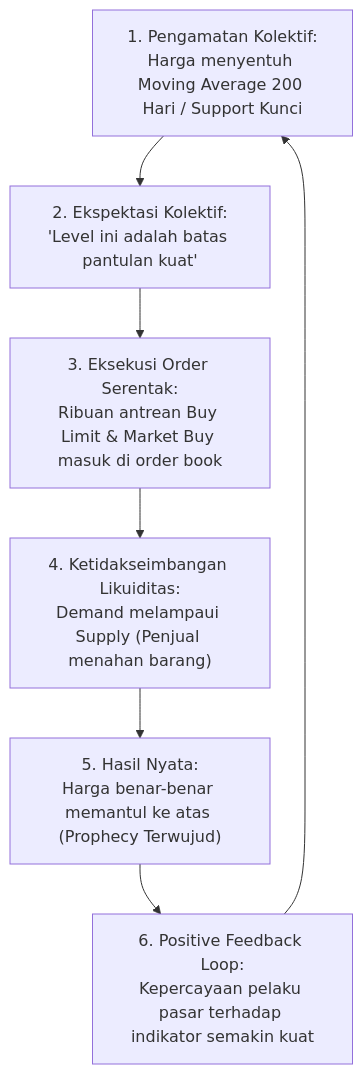
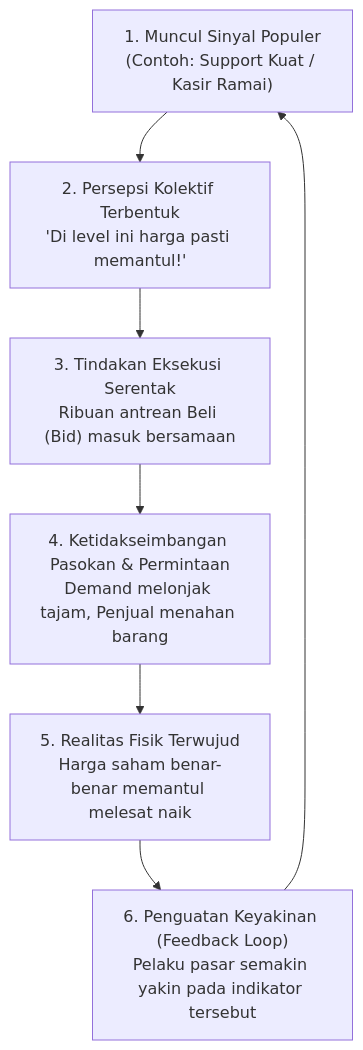
One commit to AlulCode45/Trading-Learning-Path changed the first of 3 diagrams in docs/edianto-ong/27-self-fulfilling-prophecy.md. Above: the diagram before and after it, drawn with Mermaid. The commit also changed other lines of this file and 29 other files, not shown here.

Commit message:
docs(edianto-ong): upgrade all 29 chapters with beginner analogies, diagrams, step-by-step guides, and case studies

````diff
--- a/docs/edianto-ong/27-self-fulfilling-prophecy.md
+++ b/docs/edianto-ong/27-self-fulfilling-prophecy.md
@@ -15,9 +22,9 @@
 ```mermaid
 flowchart TD
-    Observation["1. Pengamatan Kolektif:<br/>Harga menyentuh Moving Average 200 Hari / Support Kunci"] --> Anticipation["2. Ekspektasi Kolektif:<br/>'Level ini adalah batas pantulan kuat'"]
-    Anticipation --> Action["3. Eksekusi Order Serentak:<br/>Ribuan antrean Buy Limit & Market Buy masuk di order book"]
-    Action --> Imbalance["4. Ketidakseimbangan Likuiditas:<br/>Demand melampaui Supply (Penjual menahan barang)"]
-    Imbalance --> Confirmation["5. Hasil Nyata:<br/>Harga benar-benar memantul ke atas (Prophecy Terwujud)"]
-    Confirmation --> FeedbackLoop["6. Positive Feedback Loop:<br/>Kepercayaan pelaku pasar terhadap indikator semakin kuat"]
-    FeedbackLoop --> Observation
+    Antre1["1. Muncul Sinyal Populer<br/>(Contoh: Support Kuat / Kasir Ramai)"] --> Persepsi["2. Persepsi Kolektif Terbentuk<br/>'Di level ini harga pasti memantul!'"]
+    Persepsi --> AksiKolektif["3. Tindakan Eksekusi Serentak<br/>Ribuan antrean Beli (Bid) masuk bersamaan"]
+    AksiKolektif --> Likuiditas["4. Ketidakseimbangan Pasokan & Permintaan<br/>Demand melonjak tajam, Penjual menahan barang"]
+    Likuiditas --> Kenyataan["5. Realitas Fisik Terwujud<br/>Harga saham benar-benar memantul melesat naik"]
+    Kenyataan --> UmpanBalik["6. Penguatan Keyakinan (Feedback Loop)<br/>Pelaku pasar semakin yakin pada indikator tersebut"]
+    UmpanBalik --> Antre1
 ```
````
